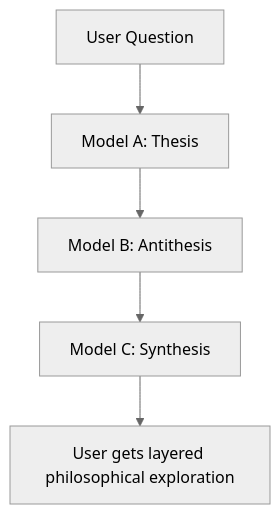
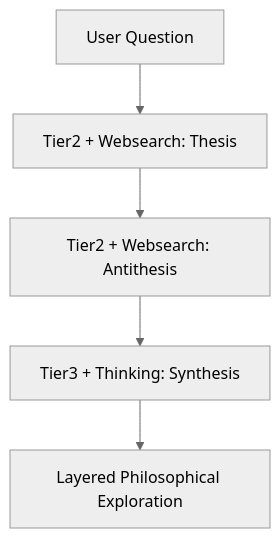
The ninth of 11 diagrams in README.md (PierreStephaneVoltaire/IF), drawn with Mermaid (neutral theme) before and after one commit. The commit also changed other lines of this file, not shown here.

````diff
--- a/README.md
+++ b/README.md
@@ -294,7 +494,7 @@
 ```mermaid
 flowchart TD
-    A[User Question] --> B[Model A: Thesis]
-    B --> C[Model B: Antithesis]
-    C --> D[Model C: Synthesis]
-    D --> E[User gets layered philosophical exploration]
+    A[User Question] --> B[Tier2 + Websearch: Thesis]
+    B --> C[Tier2 + Websearch: Antithesis]
+    C --> D[Tier3 + Thinking: Synthesis]
+    D --> E[Layered Philosophical Exploration]
 ```
````
